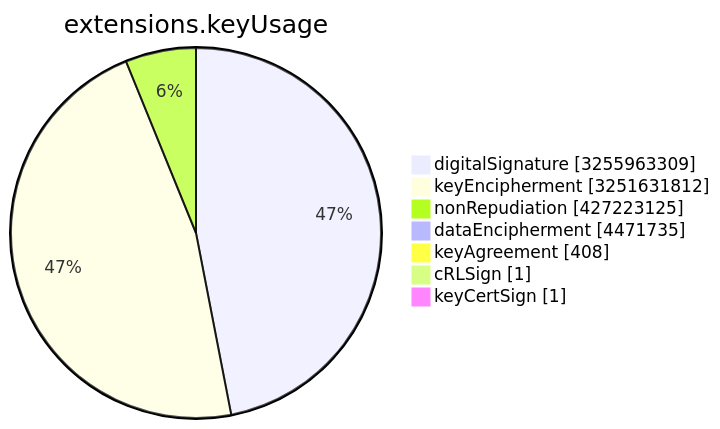
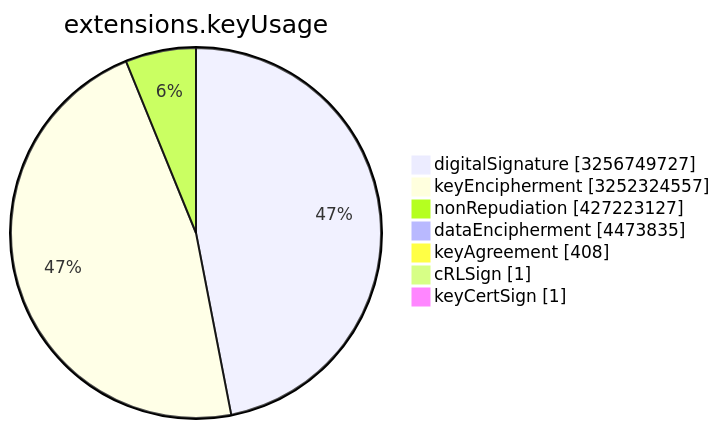
The sixth of 15 diagrams in TOTAL/README.md (christiankrug/ctmonitor_visualization), drawn with Mermaid before and after one commit. The commit also changed other lines of this file, not shown here.

````diff
--- a/TOTAL/README.md
+++ b/TOTAL/README.md
@@ -3078,11 +3078,11 @@
 ```mermaid
 pie showData
 title extensions.keyUsage
-"digitalSignature" :3255963309
-"keyEncipherment" :3251631812
-"nonRepudiation" :427223125
-"dataEncipherment" :4471735
+"digitalSignature" :3256749727
+"keyEncipherment" :3252324557
+"nonRepudiation" :427223127
+"dataEncipherment" :4473835
 "keyAgreement" :408
 "cRLSign" :1
 "keyCertSign" :1
 ```
````
